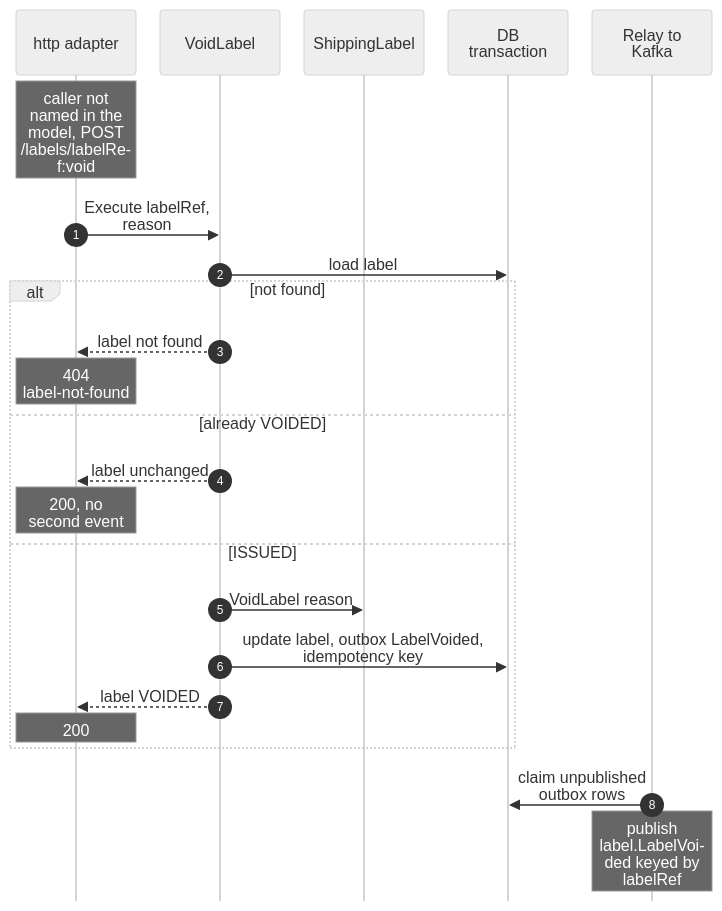
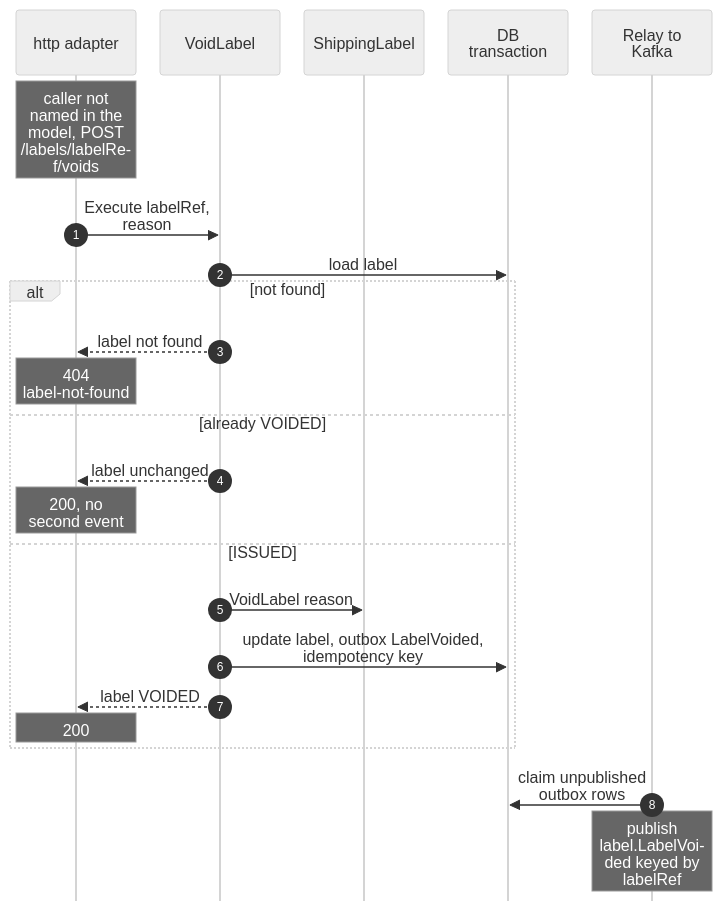
Before and after one commit to IQVO/warehouse-docs: the second of 6 diagrams in network/docs/contexts/shipping-and-tracking/sequence-diagrams.md, drawn with Mermaid (neutral theme). The commit also changed 272 other files, not shown here.

````diff
--- a/network/docs/contexts/shipping-and-tracking/sequence-diagrams.md
+++ b/network/docs/contexts/shipping-and-tracking/sequence-diagrams.md
@@ -81,27 +81,27 @@
 ```mermaid
 %%{init: {"sequence": {"wrap": true, "width": 120, "actorMargin": 24, "messageMargin": 28, "boxMargin": 6, "noteMargin": 6, "mirrorActors": false}}}%%
 sequenceDiagram
     autonumber
     participant H as http adapter
     participant UC as VoidLabel
     participant A as ShippingLabel
     participant DB as DB transaction
     participant RL as Relay to Kafka
-    Note over H: caller not named in the model, POST /labels/labelRef:void
+    Note over H: caller not named in the model, POST /labels/labelRef/voids
     H->>UC: Execute labelRef, reason
     UC->>DB: load label
     alt not found
         UC-->>H: label not found
         Note over H: 404 label-not-found
     else already VOIDED
         UC-->>H: label unchanged
         Note over H: 200, no second event
     else ISSUED
         UC->>A: VoidLabel reason
         UC->>DB: update label, outbox LabelVoided, idempotency key
         UC-->>H: label VOIDED
         Note over H: 200
     end
     RL->>DB: claim unpublished outbox rows
     Note over RL: publish label.LabelVoided keyed by labelRef
 ```
````
